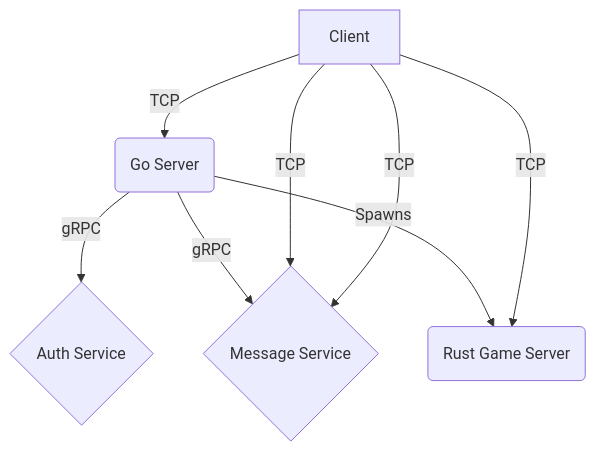
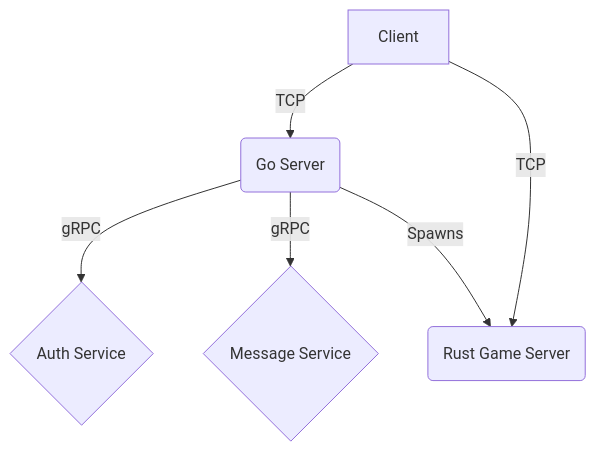
Before and after one commit to GrGLeo/TermArena: the diagram in README.md, drawn with Mermaid. The commit also changed other lines of this file, not shown here.

````diff
--- a/README.md
+++ b/README.md
@@ -44,10 +44,8 @@
 ```mermaid
 graph TD
     A[Client] -->|TCP| B(Go Server)
     B -->|gRPC| C{Auth Service}
     B -->|gRPC| E{Message Service}
     B -->|Spawns| D(Rust Game Server)
     A -->|TCP| D
-    A -->|TCP| E
-    A -->|TCP| E
 ```
````
